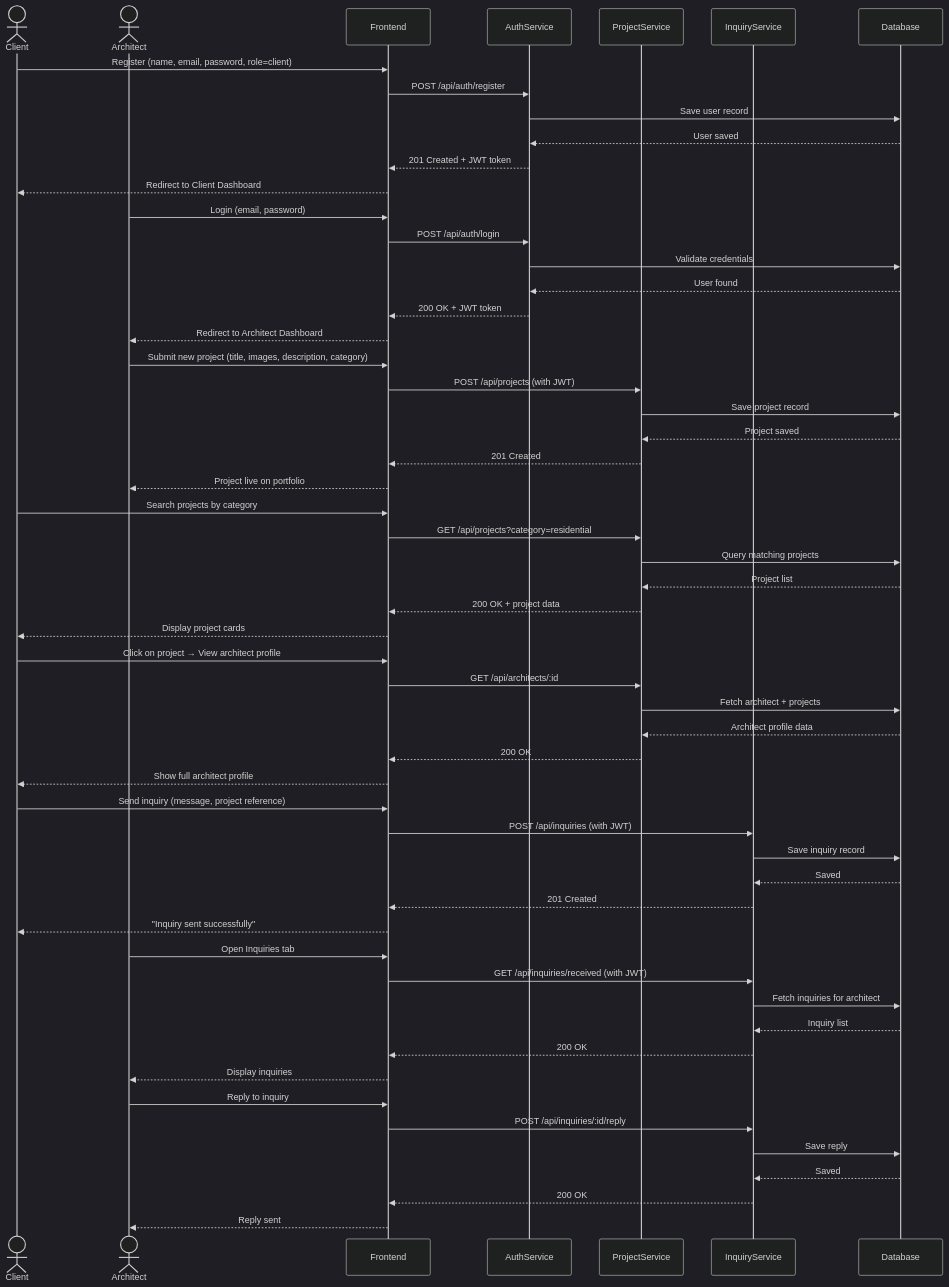
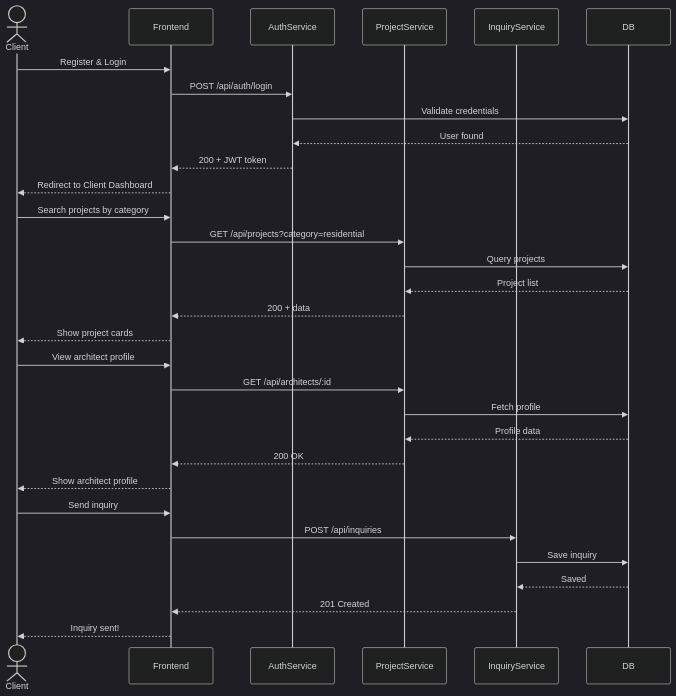
Before and after one commit to vini4721/sesd-project: the second of 2 diagrams in sequenceDiagram.md, drawn with Mermaid (dark theme). The commit also changed other lines of this file and 3 other files, not shown here.

Commit message:
fix: improve Mermaid diagram layouts for better GitHub rendering

````diff
--- a/sequenceDiagram.md
+++ b/sequenceDiagram.md
@@ -5,70 +30,37 @@
 ```mermaid
 sequenceDiagram
     actor Client
-    actor Architect
     participant Frontend
     participant AuthService
     participant ProjectService
     participant InquiryService
-    participant Database
+    participant DB
 
-    %% --- Client Registration & Login ---
-    Client->>Frontend: Register (name, email, password, role=client)
-    Frontend->>AuthService: POST /api/auth/register
-    AuthService->>Database: Save user record
-    Database-->>AuthService: User saved
-    AuthService-->>Frontend: 201 Created + JWT token
+    Client->>Frontend: Register & Login
+    Frontend->>AuthService: POST /api/auth/login
+    AuthService->>DB: Validate credentials
+    DB-->>AuthService: User found
+    AuthService-->>Frontend: 200 + JWT token
     Frontend-->>Client: Redirect to Client Dashboard
 
-    %% --- Architect posts a project ---
-    Architect->>Frontend: Login (email, password)
-    Frontend->>AuthService: POST /api/auth/login
-    AuthService->>Database: Validate credentials
-    Database-->>AuthService: User found
-    AuthService-->>Frontend: 200 OK + JWT token
-    Frontend-->>Architect: Redirect to Architect Dashboard
-
-    Architect->>Frontend: Submit new project (title, images, description, category)
-    Frontend->>ProjectService: POST /api/projects (with JWT)
-    ProjectService->>Database: Save project record
-    Database-->>ProjectService: Project saved
-    ProjectService-->>Frontend: 201 Created
-    Frontend-->>Architect: Project live on portfolio
-
-    %% --- Client browses and contacts architect ---
     Client->>Frontend: Search projects by category
     Frontend->>ProjectService: GET /api/projects?category=residential
-    ProjectService->>Database: Query matching projects
-    Database-->>ProjectService: Project list
-    ProjectService-->>Frontend: 200 OK + project data
-    Frontend-->>Client: Display project cards
+    ProjectService->>DB: Query projects
+    DB-->>ProjectService: Project list
+    ProjectService-->>Frontend: 200 + data
+    Frontend-->>Client: Show project cards
 
-    Client->>Frontend: Click on project → View architect profile
+    Client->>Frontend: View architect profile
     Frontend->>ProjectService: GET /api/architects/:id
-    ProjectService->>Database: Fetch architect + projects
-    Database-->>ProjectService: Architect profile data
+    ProjectService->>DB: Fetch profile
+    DB-->>ProjectService: Profile data
     ProjectService-->>Frontend: 200 OK
-    Frontend-->>Client: Show full architect profile
+    Frontend-->>Client: Show architect profile
 
-    Client->>Frontend: Send inquiry (message, project reference)
-    Frontend->>InquiryService: POST /api/inquiries (with JWT)
-    InquiryService->>Database: Save inquiry record
-    Database-->>InquiryService: Saved
+    Client->>Frontend: Send inquiry
+    Frontend->>InquiryService: POST /api/inquiries
+    InquiryService->>DB: Save inquiry
+    DB-->>InquiryService: Saved
     InquiryService-->>Frontend: 201 Created
-    Frontend-->>Client: "Inquiry sent successfully"
-
-    %% --- Architect views and replies ---
-    Architect->>Frontend: Open Inquiries tab
-    Frontend->>InquiryService: GET /api/inquiries/received (with JWT)
-    InquiryService->>Database: Fetch inquiries for architect
-    Database-->>InquiryService: Inquiry list
-    InquiryService-->>Frontend: 200 OK
-    Frontend-->>Architect: Display inquiries
-
-    Architect->>Frontend: Reply to inquiry
-    Frontend->>InquiryService: POST /api/inquiries/:id/reply
-    InquiryService->>Database: Save reply
-    Database-->>InquiryService: Saved
-    InquiryService-->>Frontend: 200 OK
-    Frontend-->>Architect: Reply sent
+    Frontend-->>Client: Inquiry sent!
 ```
````
